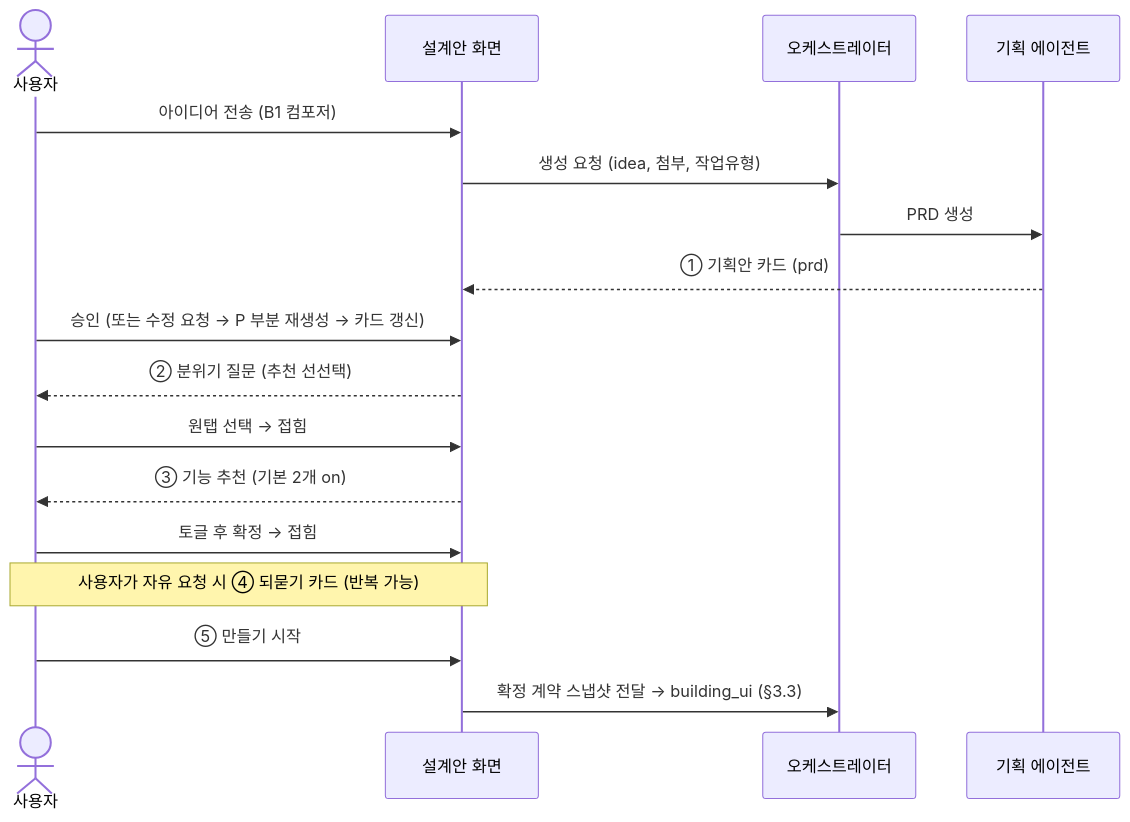
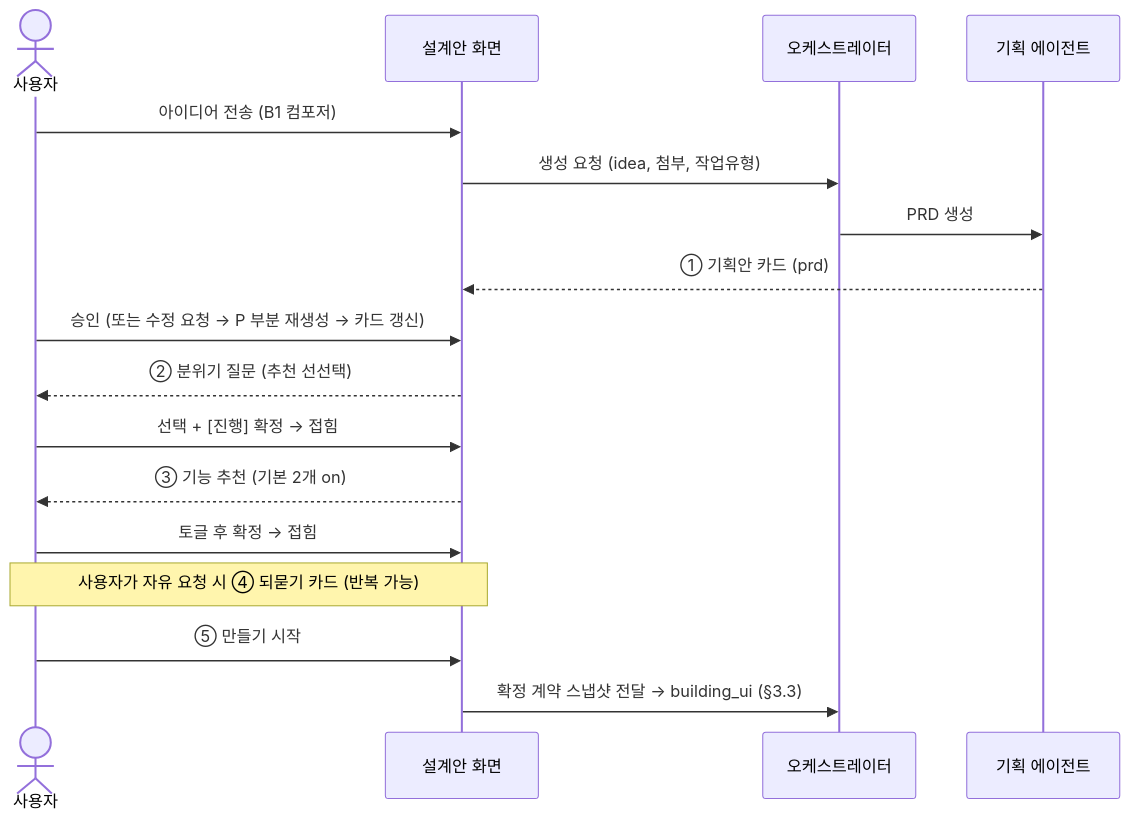
Before and after one commit to Soyeon1030/aiapp-reorganization: the diagram in aiapp_에이전트_개편_구현명세.md, drawn with Mermaid. The commit also changed other lines of this file and 1 other file, not shown here.

Commit message:
설계안 단계 조작성 개선: 이전 버튼·분위기 확정 방식·하단 고정 입력바
- 각 단계 카드에 [← 이전] — 앞 질문 카드 재펼침 (이후 답 보존)
- 분위기: 타일 클릭은 선택만, [이 분위기로 진행] 확정 버튼으로 진행 (명세 §2.5 반영)
- 채팅 입력바를 sticky → 하단 고정(b2 피드와 동일 구조)으로 재배치

````diff
--- a/aiapp_에이전트_개편_구현명세.md
+++ b/aiapp_에이전트_개편_구현명세.md
@@ -146,19 +146,19 @@
 ```mermaid
 sequenceDiagram
   actor U as 사용자
   participant S as 설계안 화면
   participant O as 오케스트레이터
   participant P as 기획 에이전트
   U->>S: 아이디어 전송 (B1 컴포저)
   S->>O: 생성 요청 (idea, 첨부, 작업유형)
   O->>P: PRD 생성
   P-->>S: ① 기획안 카드 (prd)
   U->>S: 승인 (또는 수정 요청 → P 부분 재생성 → 카드 갱신)
   S-->>U: ② 분위기 질문 (추천 선선택)
-  U->>S: 원탭 선택 → 접힘
+  U->>S: 선택 + [진행] 확정 → 접힘
   S-->>U: ③ 기능 추천 (기본 2개 on)
   U->>S: 토글 후 확정 → 접힘
   Note over U,S: 사용자가 자유 요청 시 ④ 되묻기 카드 (반복 가능)
   U->>S: ⑤ 만들기 시작
   S->>O: 확정 계약 스냅샷 전달 → building_ui (§3.3)
 ```
````
